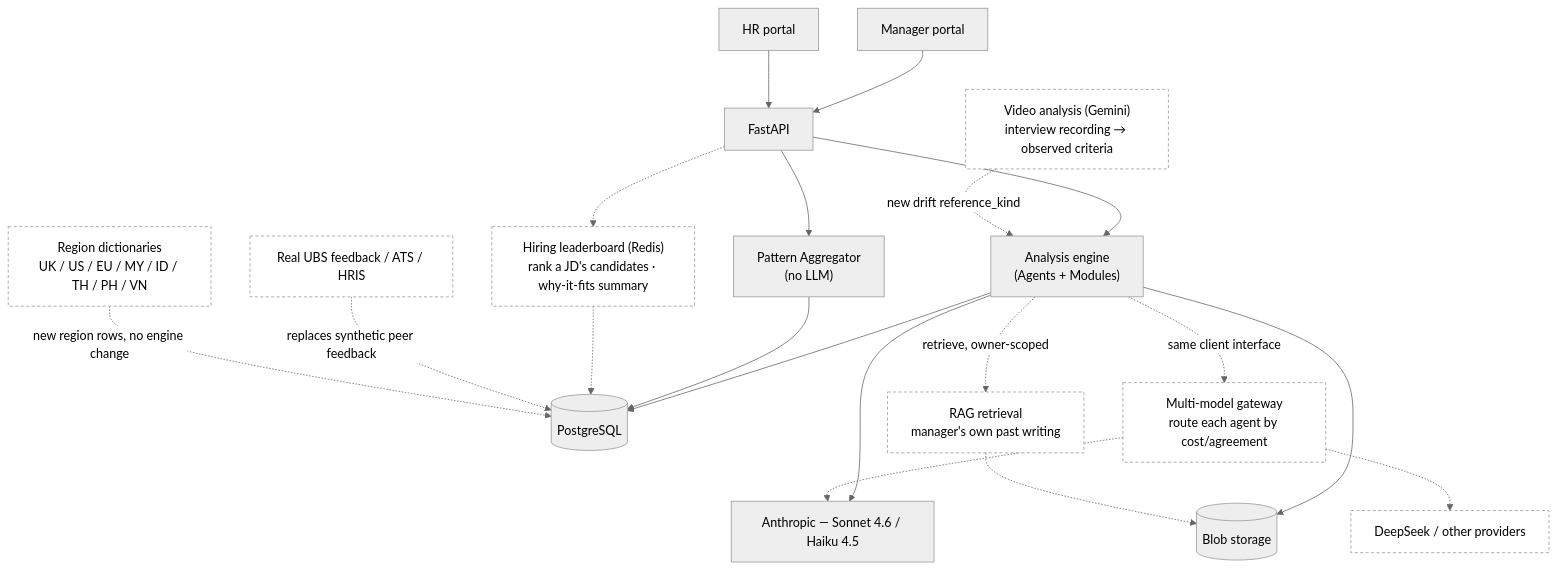
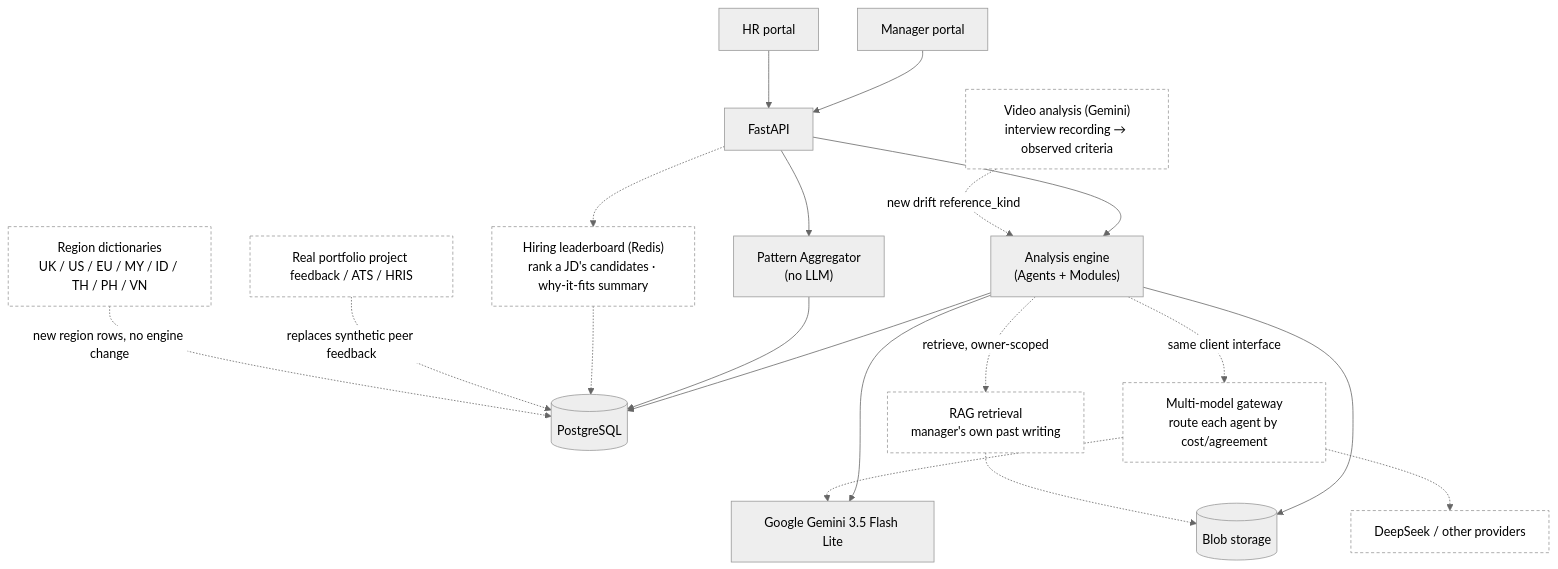
The diagram in docs/future.md (sm-daniyal/patternSpecular), drawn with Mermaid (neutral theme) before and after one commit. The commit also changed other lines of this file and 15 other files, not shown here.

Commit message:
docs: adapt all architecture specs, ADRs, and conventions for Google Gemini and Neon PostgreSQL

````diff
--- a/docs/future.md
+++ b/docs/future.md
@@ -14,36 +14,36 @@
 ```mermaid
 flowchart TB
     M["Manager portal"] --> API["FastAPI"]
     H["HR portal"] --> API
     API --> ENG["Analysis engine<br/>(Agents + Modules)"]
     API --> AGG["Pattern Aggregator<br/>(no LLM)"]
-    ENG --> LLM["Anthropic — Sonnet 4.6 / Haiku 4.5"]
+    ENG --> LLM["Google Gemini 3.5 Flash Lite"]
     ENG --> DB[(PostgreSQL)]
     AGG --> DB
     ENG --> BLOB[(Blob storage)]
 
     GW["Multi-model gateway<br/>route each agent by cost/agreement"]
     ENG -.->|"same client interface"| GW
     GW -.-> LLM
     GW -.-> ALT["DeepSeek / other providers"]
 
     RAG["RAG retrieval<br/>manager's own past writing"]
     ENG -.->|"retrieve, owner-scoped"| RAG
     RAG -.-> BLOB
 
     VID["Video analysis (Gemini)<br/>interview recording → observed criteria"]
     VID -.->|"new drift reference_kind"| ENG
 
     LB["Hiring leaderboard (Redis)<br/>rank a JD's candidates · why-it-fits summary"]
     API -.-> LB
     LB -.-> DB
 
-    FEED["Real UBS feedback / ATS / HRIS"]
+    FEED["Real portfolio project feedback / ATS / HRIS"]
     FEED -.->|"replaces synthetic peer feedback"| DB
 
     REG["Region dictionaries<br/>UK / US / EU / MY / ID / TH / PH / VN"]
     REG -.->|"new region rows, no engine change"| DB
 
     classDef future fill:#fff,stroke:#999,stroke-dasharray:4 3,color:#000;
     class GW,ALT,RAG,VID,LB,FEED,REG future;
 ```
````
